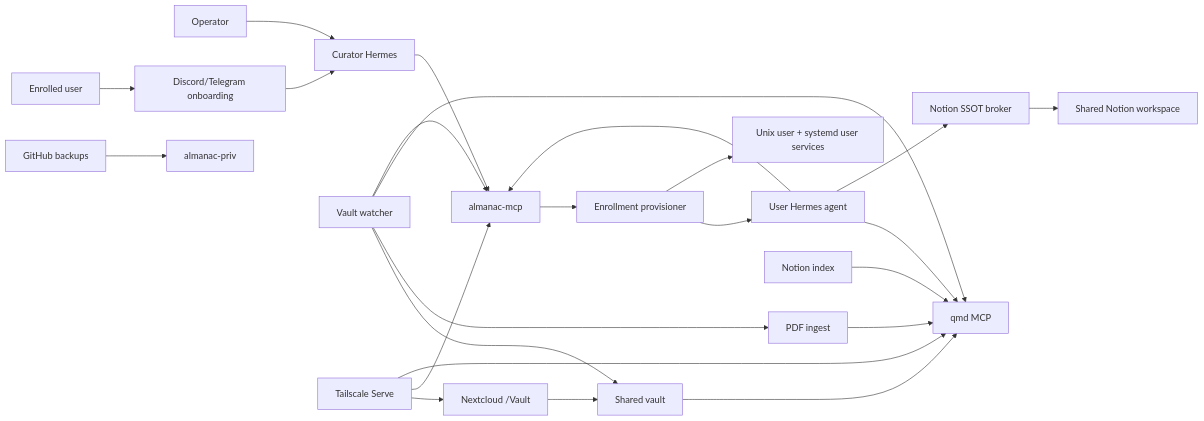
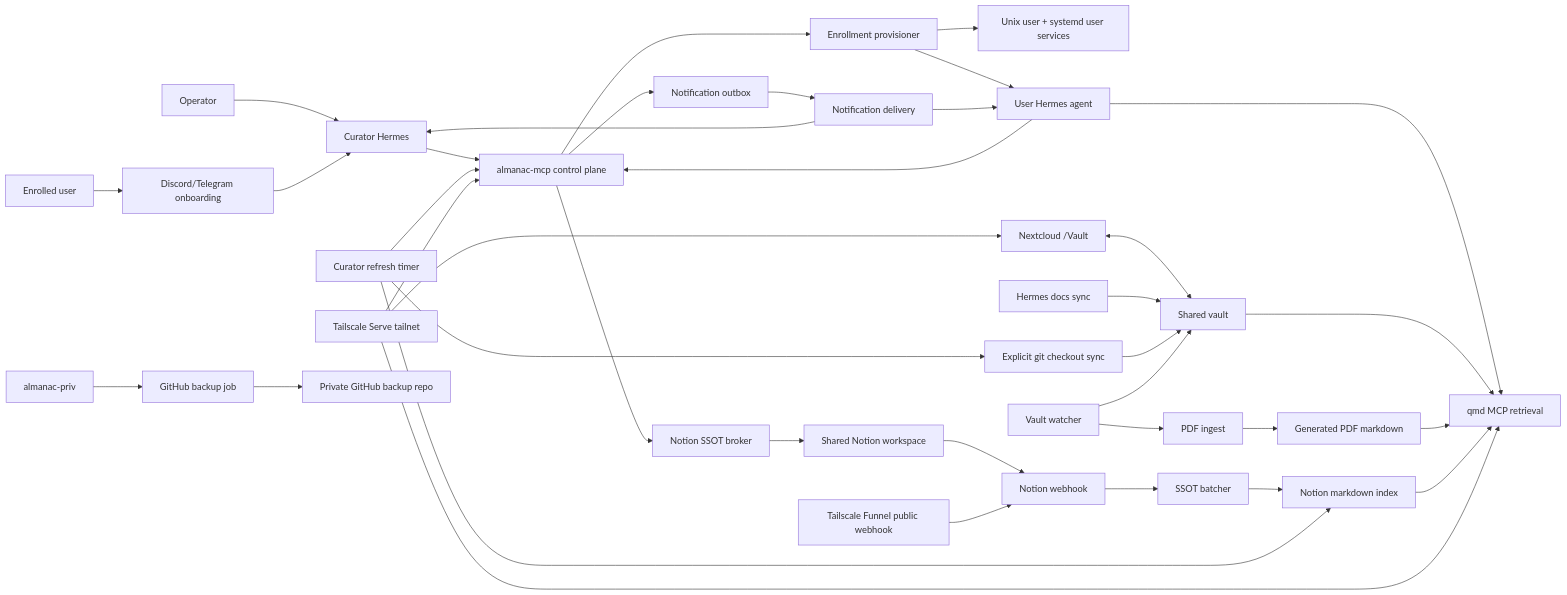
Before and after one commit to sirouk/almanac: the diagram in README.md, drawn with Mermaid.

Commit message:
Correct README architecture diagram

````diff
--- a/README.md
+++ b/README.md
@@ -74,31 +74,46 @@
 ```mermaid
 flowchart LR
     Operator[Operator] --> Curator[Curator Hermes]
     User[Enrolled user] --> Onboarding[Discord/Telegram onboarding]
     Onboarding --> Curator
-    Curator --> Control[almanac-mcp]
+    Curator --> Control[almanac-mcp control plane]
     Control --> Provisioner[Enrollment provisioner]
+    Provisioner --> Unix[Unix user + systemd user services]
     Provisioner --> Agent[User Hermes agent]
-    Provisioner --> Unix[Unix user + systemd user services]
-
-    Vault[Shared vault] --> QMD[qmd MCP]
-    PDF[PDF ingest] --> QMD
-    NotionIndex[Notion index] --> QMD
 
     Agent --> Control
-    Agent --> QMD
-    Agent --> NotionBroker[Notion SSOT broker]
+    Agent --> QMD[qmd MCP retrieval]
+    Control --> NotionBroker[Notion SSOT broker]
     NotionBroker --> Notion[Shared Notion workspace]
 
-    Nextcloud[Nextcloud /Vault] --> Vault
+    Vault[Shared vault]
+    Nextcloud[Nextcloud /Vault] <--> Vault
+    HermesDocs[Hermes docs sync] --> Vault
+    RepoSync[Explicit git checkout sync] --> Vault
     Watcher[Vault watcher] --> Vault
-    Watcher --> PDF
-    Watcher --> QMD
-    Watcher --> Control
+    Watcher --> PDF[PDF ingest]
+    PDF --> PDFMarkdown[Generated PDF markdown]
+    Vault --> QMD
+    PDFMarkdown --> QMD
 
-    Tailscale[Tailscale Serve] --> Nextcloud
-    Tailscale --> Control
-    Tailscale --> QMD
+    Notion --> NotionWebhook[Notion webhook]
+    NotionWebhook --> SSOTBatcher[SSOT batcher]
+    SSOTBatcher --> NotionIndex[Notion markdown index]
+    NotionIndex --> QMD
 
-    Backup[GitHub backups] --> PrivateRepo[almanac-priv]
+    CuratorRefresh[Curator refresh timer] --> Control
+    CuratorRefresh --> RepoSync
+    CuratorRefresh --> NotionIndex
+    Control --> Notifications[Notification outbox]
+    Notifications --> Delivery[Notification delivery]
+    Delivery --> Curator
+    Delivery --> Agent
+
+    TailscaleServe[Tailscale Serve tailnet] --> Nextcloud
+    TailscaleServe --> Control
+    TailscaleServe --> QMD
+    TailscaleFunnel[Tailscale Funnel public webhook] --> NotionWebhook
+
+    PrivateRepo[almanac-priv] --> Backup[GitHub backup job]
+    Backup --> GitHub[Private GitHub backup repo]
 ```
````
